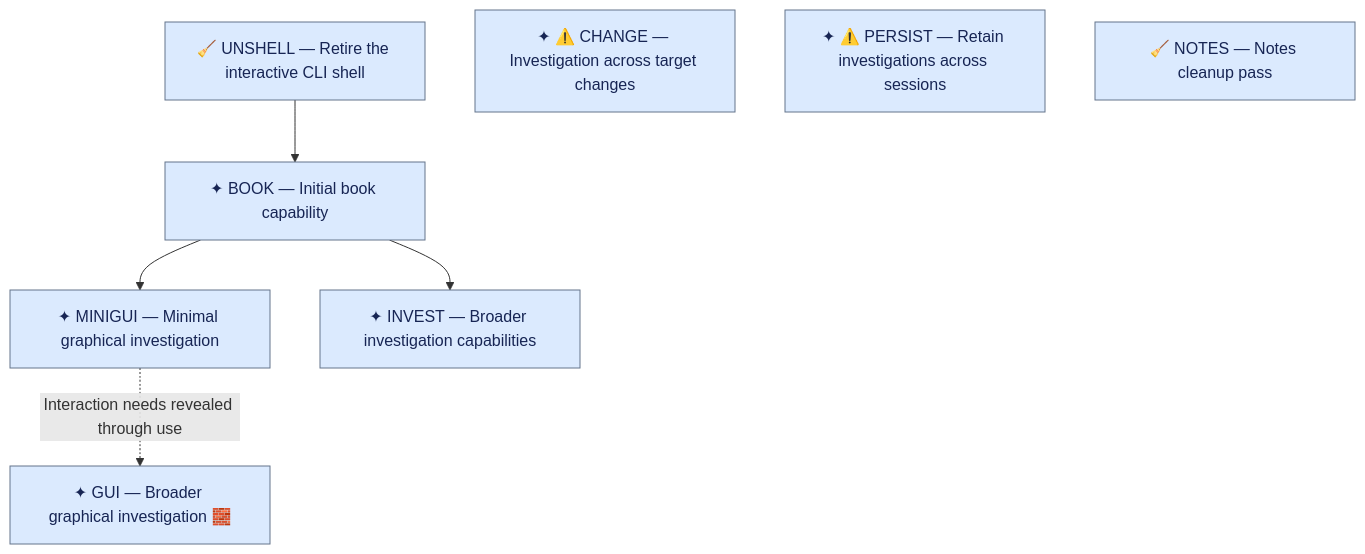
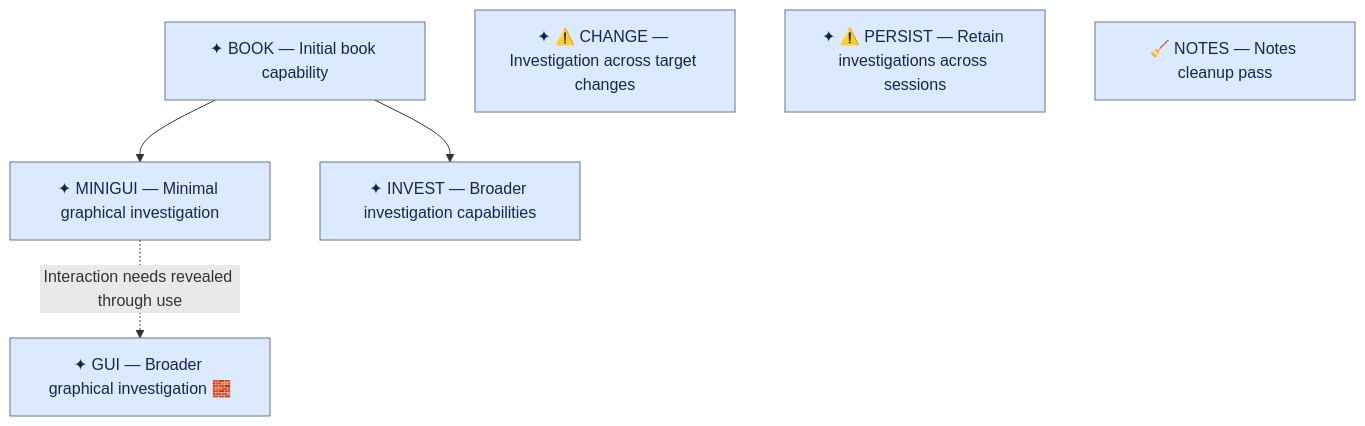
Before and after one commit to ronen/postcode: the diagram in steering/upcoming-work.md, drawn with Mermaid. The commit also changed other lines of this file, not shown here.

Commit message:
Update upcoming work after CLI shell retirement

````diff
--- a/steering/upcoming-work.md
+++ b/steering/upcoming-work.md
@@ -75,12 +75,11 @@
 ```mermaid
 flowchart TD
-    UNSHELL["🧹 UNSHELL — Retire the interactive CLI shell"] --> BOOK
     BOOK["✦ BOOK — Initial book capability"] --> MINIGUI["✦ MINIGUI — Minimal graphical investigation"]
     BOOK --> INVEST["✦ INVEST — Broader investigation capabilities"]
     MINIGUI -. Interaction needs revealed through use .-> GUI["✦ GUI — Broader graphical investigation 🧱"]
     CHANGE["✦ ⚠️ CHANGE — Investigation across target changes"]
     PERSIST["✦ ⚠️ PERSIST — Retain investigations across sessions"]
     NOTES["🧹 NOTES — Notes cleanup pass"]
 
     classDef default fill:#dbeafe,stroke:#64748b,color:#172554
 ```
````
